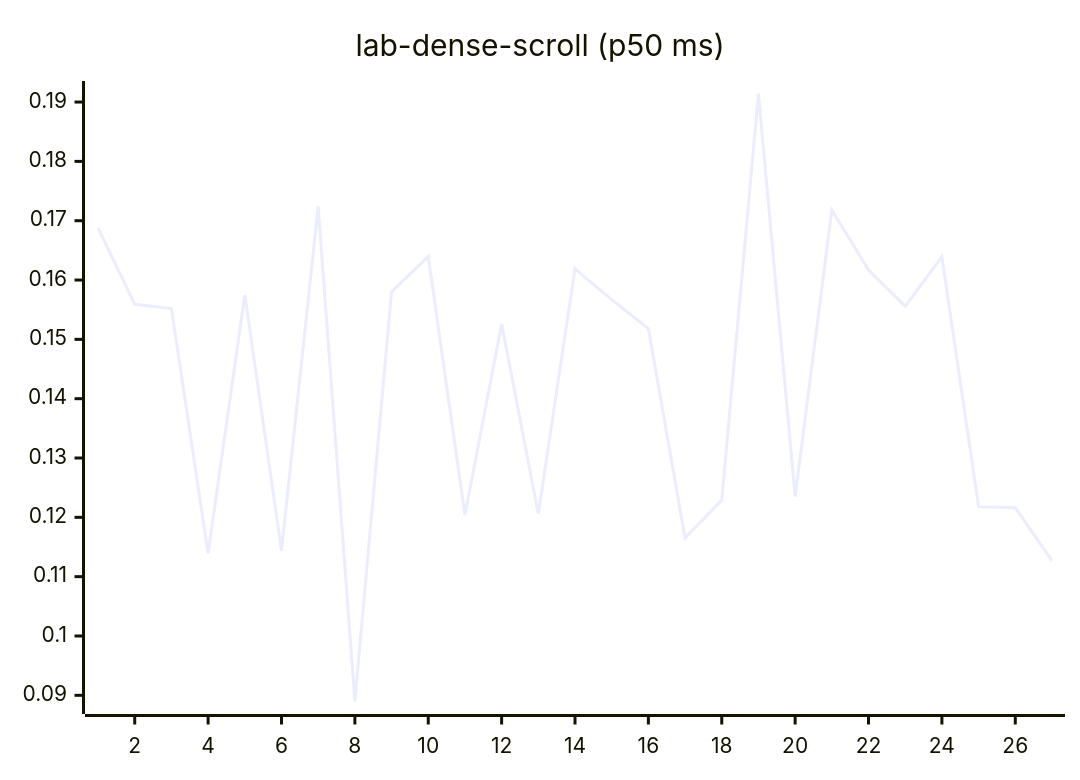
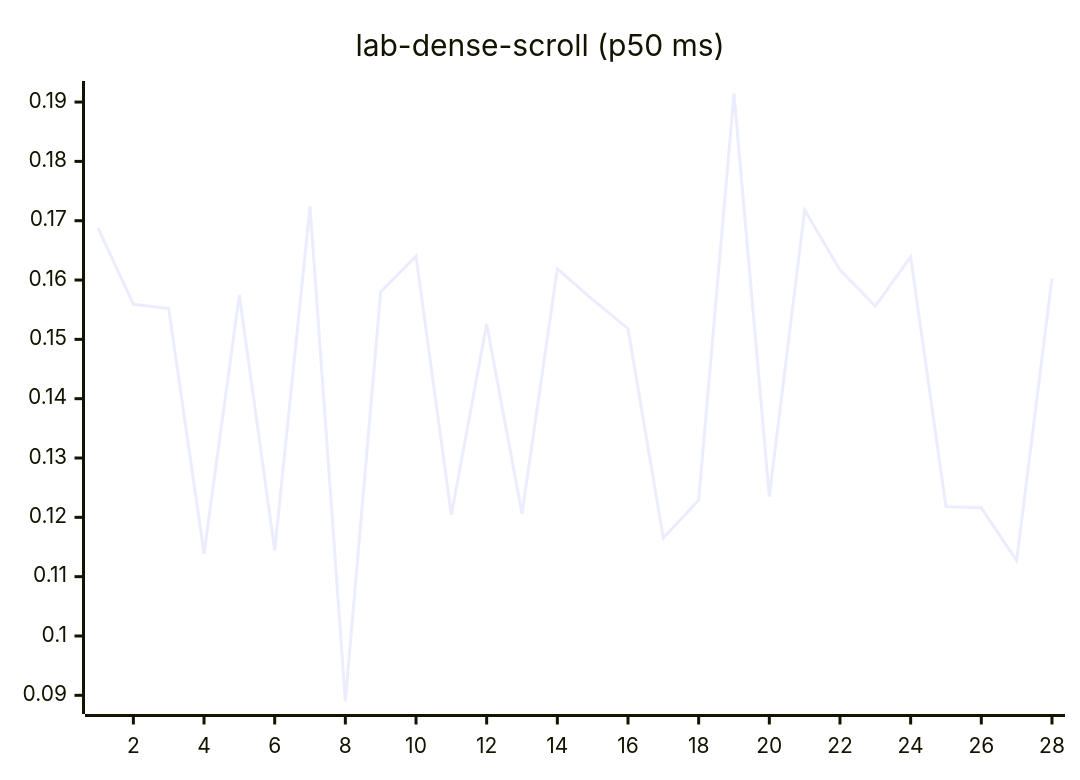
Diagram 12 of 27 in README.md (josha/Facet), drawn with Mermaid before and after one commit. The commit also changed other lines of this file and 2 other files, not shown here.

````diff
--- a/README.md
+++ b/README.md
@@ -140,6 +140,6 @@
 ```mermaid
 xychart-beta
     title "lab-dense-scroll (p50 ms)"
-    x-axis 1 --> 27
-    line [0.1688, 0.1559, 0.1552, 0.1139, 0.1575, 0.1144, 0.1724, 0.0890, 0.1580, 0.1640, 0.1204, 0.1526, 0.1206, 0.1619, 0.1567, 0.1518, 0.1165, 0.1229, 0.1914, 0.1235, 0.1718, 0.1617, 0.1556, 0.1639, 0.1218, 0.1216, 0.1127]
+    x-axis 1 --> 28
+    line [0.1688, 0.1559, 0.1552, 0.1139, 0.1575, 0.1144, 0.1724, 0.0890, 0.1580, 0.1640, 0.1204, 0.1526, 0.1206, 0.1619, 0.1567, 0.1518, 0.1165, 0.1229, 0.1914, 0.1235, 0.1718, 0.1617, 0.1556, 0.1639, 0.1218, 0.1216, 0.1127, 0.1603]
 ```
````
